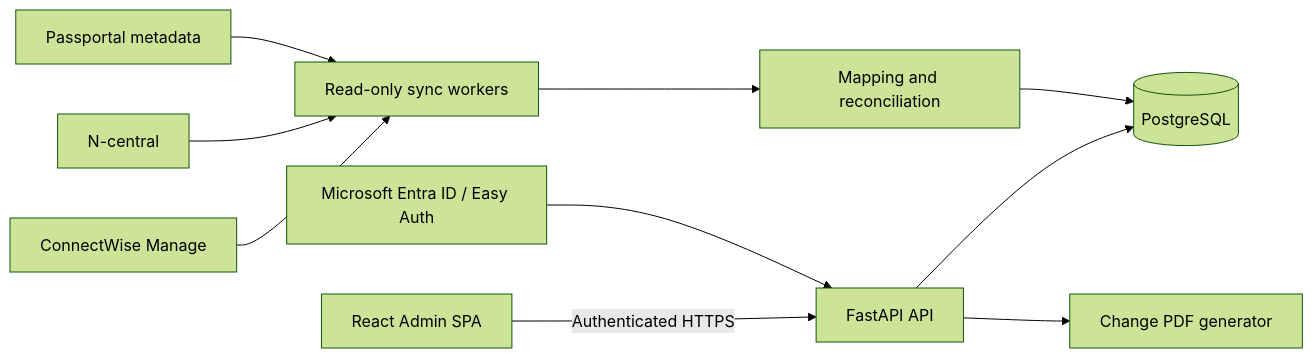
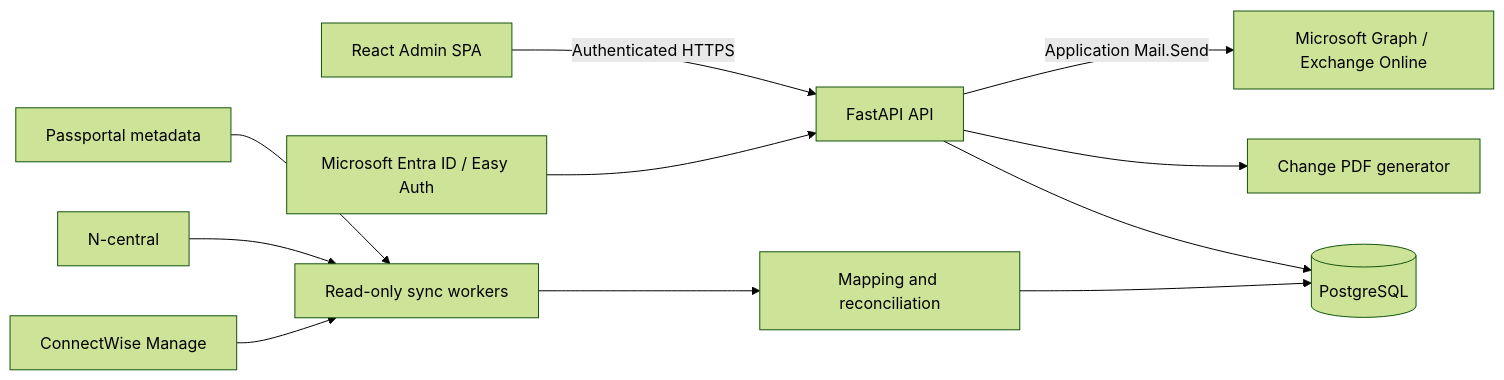
The diagram in README.md (IPT-Holdings-PTY-Ltd/ipt-cmdb), drawn with Mermaid (forest theme) before and after one commit. The commit also changed other lines of this file and 16 other files, not shown here.

````diff
--- a/README.md
+++ b/README.md
@@ -123,12 +124,13 @@
 ```mermaid
 flowchart LR
     SPA[React Admin SPA] -->|Authenticated HTTPS| API[FastAPI API]
     API --> PG[(PostgreSQL)]
     API --> PDF[Change PDF generator]
     ENTRA[Microsoft Entra ID / Easy Auth] --> API
     CW[ConnectWise Manage] --> WORKERS[Read-only sync workers]
     NC[N-central] --> WORKERS
     PP[Passportal metadata] --> WORKERS
+    API -->|Application Mail.Send| GRAPH[Microsoft Graph / Exchange Online]
     WORKERS --> MAP[Mapping and reconciliation]
     MAP --> PG
 ```
````
